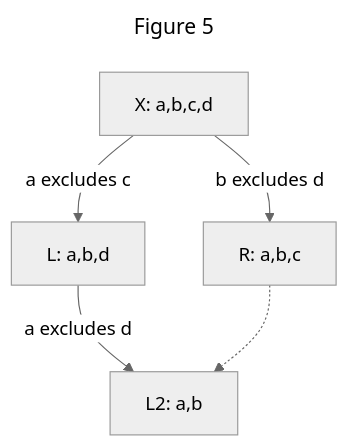
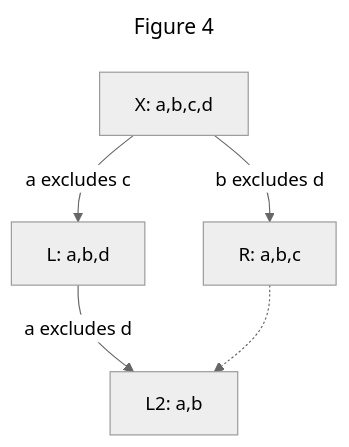
The fourth of 9 diagrams in README.md (ssbc/ssb-group-exclusion-spec), drawn with Mermaid (neutral theme) before and after one commit. The commit also changed other lines of this file, not shown here.

````diff
--- a/README.md
+++ b/README.md
@@ -286,11 +293,11 @@
 ```mermaid
 ---
-title: Figure 5
+title: Figure 4
 ---
 graph TB;
   zero[X: a,b,c,d]
   zero--"a excludes c"-->L[L: a,b,d]
   zero--"b excludes d"-->R[R: a,b,c]
   L--"a excludes d"-->L2[L2: a,b]
   R-.->L2
 ```
````
